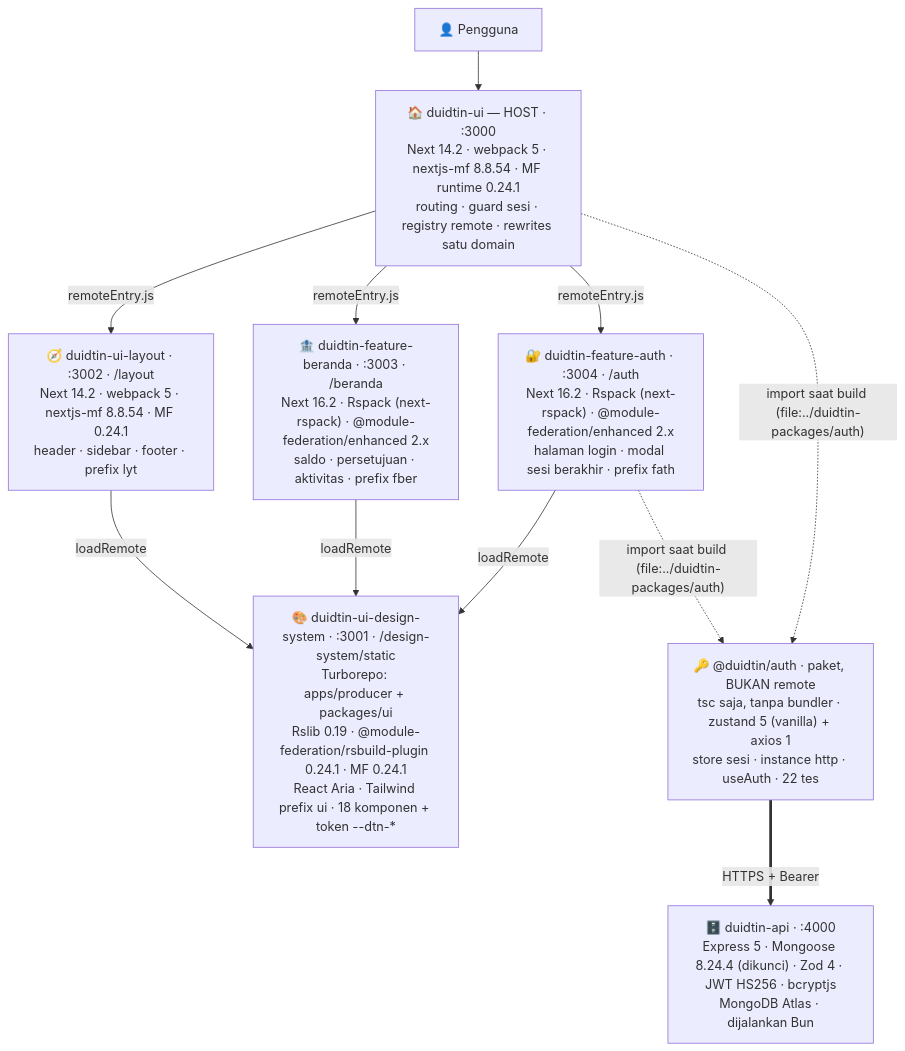
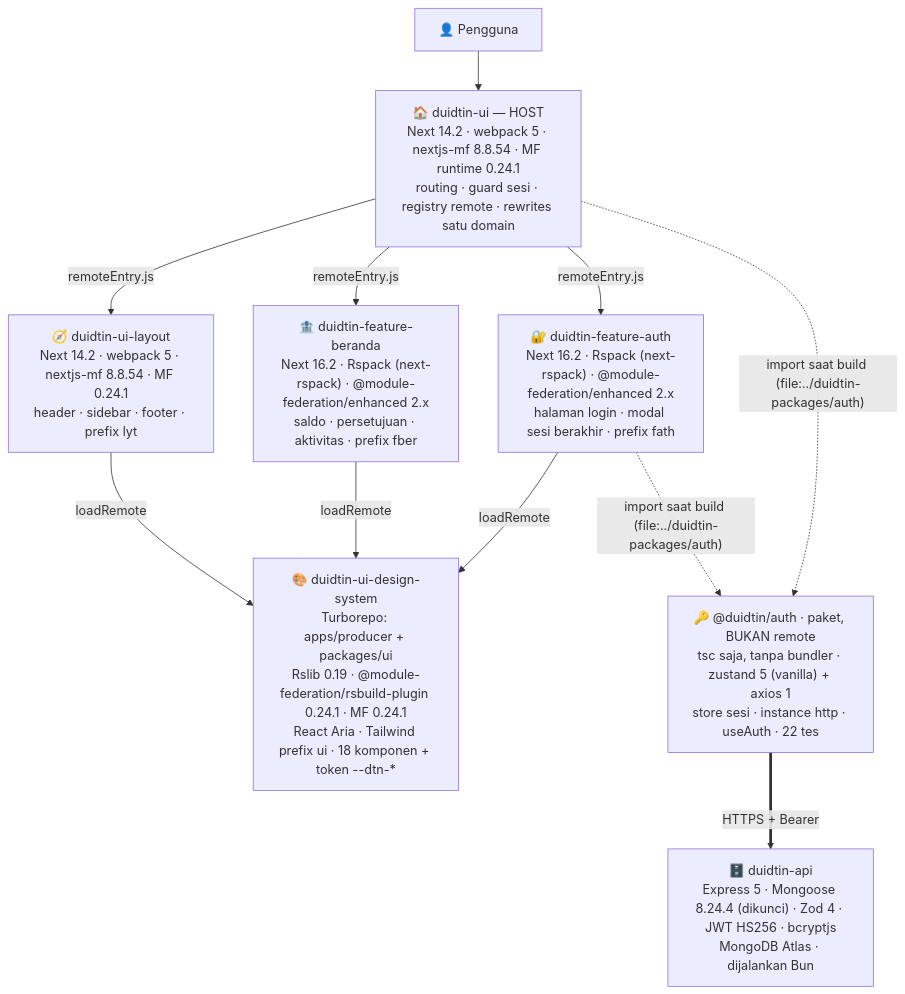
The diagram in README.id.md (AnggaWikaNugraha/super-apps-microfrontend-duidtin), drawn with Mermaid before and after one commit. The commit also changed 1 other file, not shown here.

````diff
--- a/README.id.md
+++ b/README.id.md
@@ -394,19 +394,19 @@
 ```mermaid
 graph TD
   U["👤 Pengguna"] --> H
 
-  H["🏠 duidtin-ui — HOST · :3000<br/>Next 14.2 · webpack 5 · nextjs-mf 8.8.54 · MF runtime 0.24.1<br/>routing · guard sesi · registry remote · rewrites satu domain"]
+  H["🏠 duidtin-ui — HOST<br/>Next 14.2 · webpack 5 · nextjs-mf 8.8.54 · MF runtime 0.24.1<br/>routing · guard sesi · registry remote · rewrites satu domain"]
 
-  H -- "remoteEntry.js" --> L["🧭 duidtin-ui-layout · :3002 · /layout<br/>Next 14.2 · webpack 5 · nextjs-mf 8.8.54 · MF 0.24.1<br/>header · sidebar · footer · prefix lyt"]
-  H -- "remoteEntry.js" --> B["🏦 duidtin-feature-beranda · :3003 · /beranda<br/>Next 16.2 · Rspack (next-rspack) · @module-federation/enhanced 2.x<br/>saldo · persetujuan · aktivitas · prefix fber"]
-  H -- "remoteEntry.js" --> A["🔐 duidtin-feature-auth · :3004 · /auth<br/>Next 16.2 · Rspack (next-rspack) · @module-federation/enhanced 2.x<br/>halaman login · modal sesi berakhir · prefix fath"]
+  H -- "remoteEntry.js" --> L["🧭 duidtin-ui-layout<br/>Next 14.2 · webpack 5 · nextjs-mf 8.8.54 · MF 0.24.1<br/>header · sidebar · footer · prefix lyt"]
+  H -- "remoteEntry.js" --> B["🏦 duidtin-feature-beranda<br/>Next 16.2 · Rspack (next-rspack) · @module-federation/enhanced 2.x<br/>saldo · persetujuan · aktivitas · prefix fber"]
+  H -- "remoteEntry.js" --> A["🔐 duidtin-feature-auth<br/>Next 16.2 · Rspack (next-rspack) · @module-federation/enhanced 2.x<br/>halaman login · modal sesi berakhir · prefix fath"]
 
-  L -- "loadRemote" --> DS["🎨 duidtin-ui-design-system · :3001 · /design-system/static<br/>Turborepo: apps/producer + packages/ui<br/>Rslib 0.19 · @module-federation/rsbuild-plugin 0.24.1 · MF 0.24.1<br/>React Aria · Tailwind prefix ui · 18 komponen + token --dtn-*"]
+  L -- "loadRemote" --> DS["🎨 duidtin-ui-design-system<br/>Turborepo: apps/producer + packages/ui<br/>Rslib 0.19 · @module-federation/rsbuild-plugin 0.24.1 · MF 0.24.1<br/>React Aria · Tailwind prefix ui · 18 komponen + token --dtn-*"]
   B -- "loadRemote" --> DS
   A -- "loadRemote" --> DS
 
   H -. "import saat build (file:../duidtin-packages/auth)" .-> P["🔑 @duidtin/auth · paket, BUKAN remote<br/>tsc saja, tanpa bundler · zustand 5 (vanilla) + axios 1<br/>store sesi · instance http · useAuth · 22 tes"]
   A -. "import saat build (file:../duidtin-packages/auth)" .-> P
 
-  P == "HTTPS + Bearer" ==> API["🗄️ duidtin-api · :4000<br/>Express 5 · Mongoose 8.24.4 (dikunci) · Zod 4 · JWT HS256 · bcryptjs<br/>MongoDB Atlas · dijalankan Bun"]
+  P == "HTTPS + Bearer" ==> API["🗄️ duidtin-api<br/>Express 5 · Mongoose 8.24.4 (dikunci) · Zod 4 · JWT HS256 · bcryptjs<br/>MongoDB Atlas · dijalankan Bun"]
 ```
````
